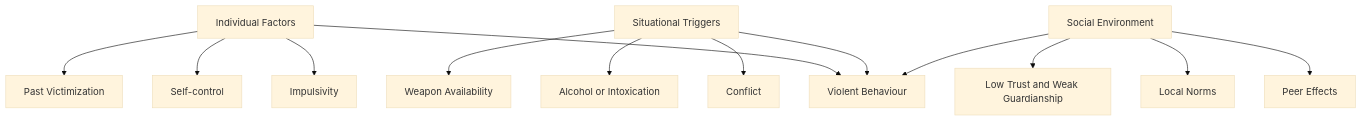
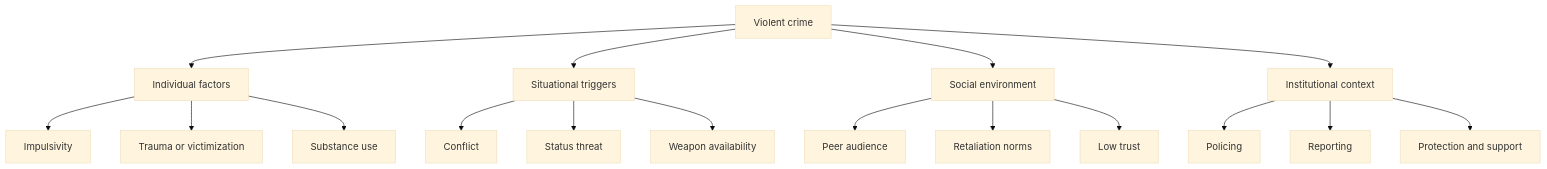
The first of 2 diagrams in criminology/notes/topics/violent-crime.qmd (Sorenqwer/my-notes-site), drawn with Mermaid (base theme) before and after one commit. The commit also changed other lines of this file and 61 other files, not shown here.

````diff
--- a/criminology/notes/topics/violent-crime.qmd
+++ b/criminology/notes/topics/violent-crime.qmd
@@ -12,18 +13,23 @@
 ```{mermaid}
 flowchart TD
-    A[Individual Factors] --> D[Violent Behaviour]
-    B[Situational Triggers] --> D
-    C[Social Environment] --> D
- 
-    A --> A1[Impulsivity]
-    A --> A2[Self-control]
-    A --> A3[Past Victimization]
- 
-    B --> B1[Conflict]
-    B --> B2[Alcohol or Intoxication]
-    B --> B3[Weapon Availability]
- 
-    C --> C1[Peer Effects]
-    C --> C2[Local Norms]
-    C --> C3[Low Trust and Weak Guardianship]
+    A[Violent crime] --> B[Individual factors]
+    A --> C[Situational triggers]
+    A --> D[Social environment]
+    A --> E[Institutional context]
+
+    B --> B1[Impulsivity]
+    B --> B2[Trauma or victimization]
+    B --> B3[Substance use]
+
+    C --> C1[Conflict]
+    C --> C2[Status threat]
+    C --> C3[Weapon availability]
+
+    D --> D1[Peer audience]
+    D --> D2[Retaliation norms]
+    D --> D3[Low trust]
+
+    E --> E1[Policing]
+    E --> E2[Reporting]
+    E --> E3[Protection and support]
 ```
````
